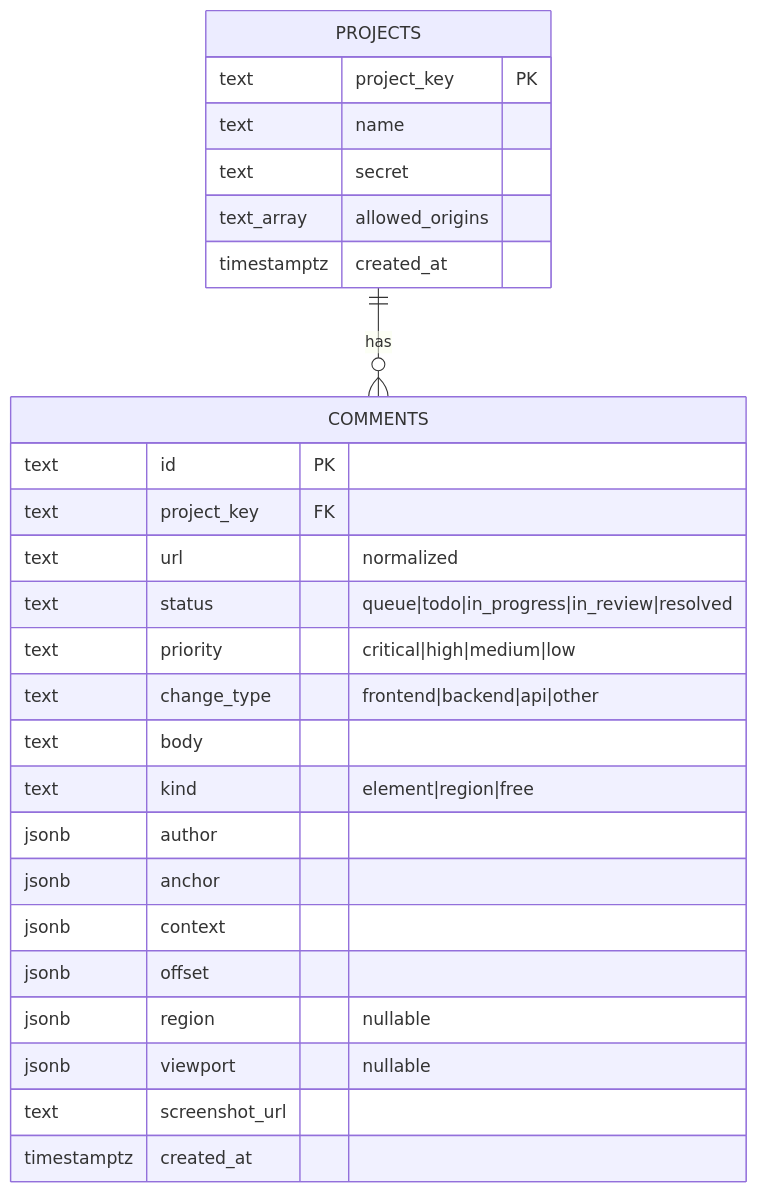
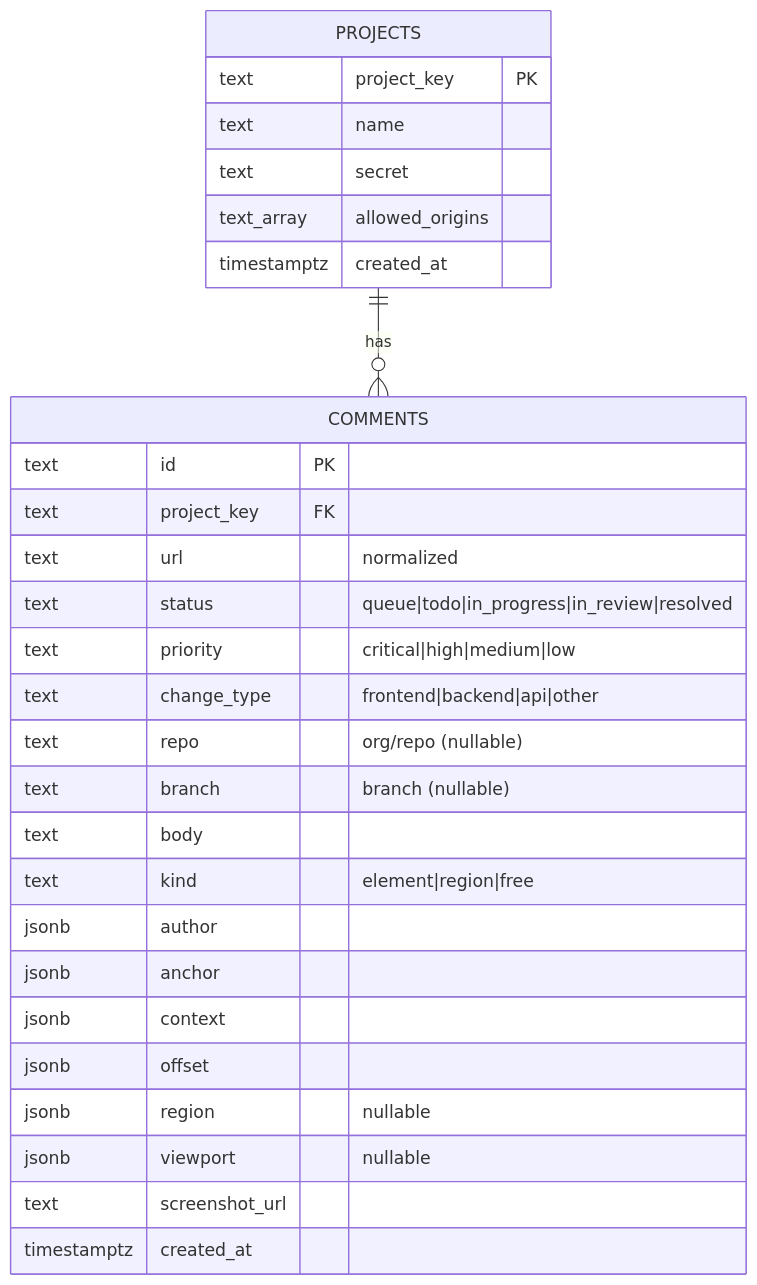
One commit to mohamed-ashraf-elsaed/loupe changed the seventh of 8 diagrams in docs/ARCHITECTURE.md. Above: the diagram before and after it, drawn with Mermaid. The commit also changed 39 other files, not shown here.

````diff
--- a/docs/ARCHITECTURE.md
+++ b/docs/ARCHITECTURE.md
@@ -217,29 +217,31 @@
 ```mermaid
 erDiagram
   PROJECTS ||--o{ COMMENTS : has
   PROJECTS {
     text project_key PK
     text name
     text secret
     text_array allowed_origins
     timestamptz created_at
   }
   COMMENTS {
     text id PK
     text project_key FK
     text url "normalized"
     text status "queue|todo|in_progress|in_review|resolved"
     text priority "critical|high|medium|low"
     text change_type "frontend|backend|api|other"
+    text repo "org/repo (nullable)"
+    text branch "branch (nullable)"
     text body
     text kind "element|region|free"
     jsonb author
     jsonb anchor
     jsonb context
     jsonb offset
     jsonb region "nullable"
     jsonb viewport "nullable"
     text screenshot_url
     timestamptz created_at
   }
 ```
````
